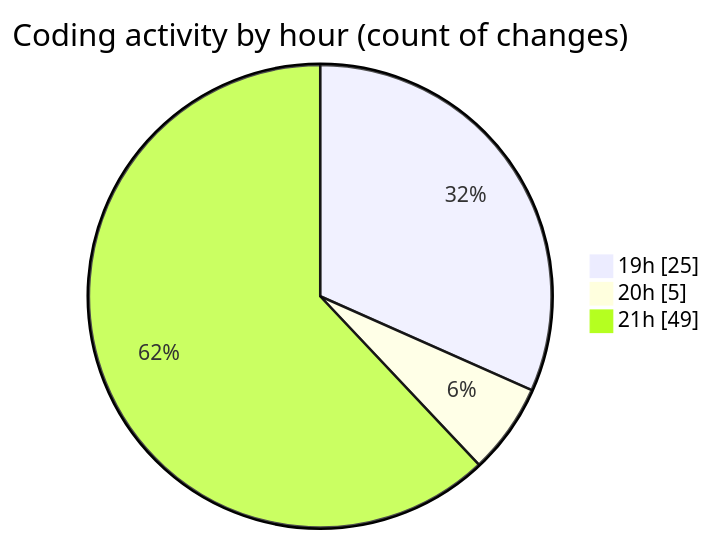
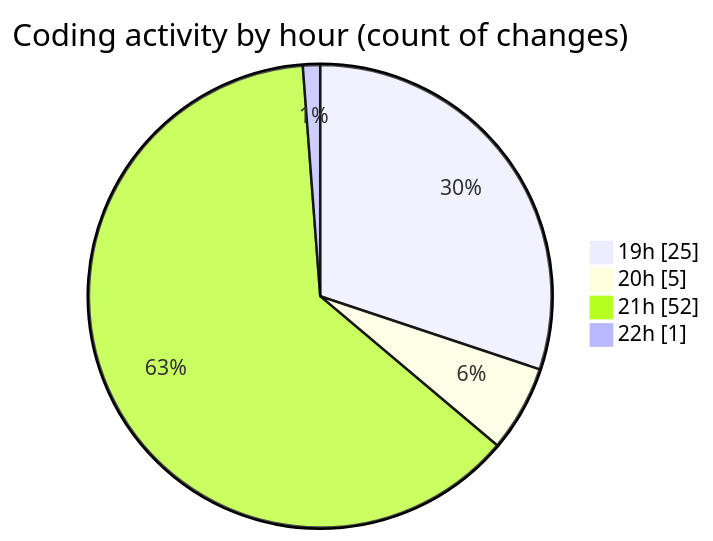
Before and after one commit to momahboobian/code-tracking: the second of 2 diagrams in 2025-02-28/cda/README.md, drawn with Mermaid. The commit also changed other lines of this file and 1 other file, not shown here.

````diff
--- a/2025-02-28/cda/README.md
+++ b/2025-02-28/cda/README.md
@@ -34,7 +34,8 @@
 ```mermaid
 pie showData
 title Coding activity by hour (count of changes)
 "19h" : 25
 "20h" : 5
-"21h" : 49
+"21h" : 52
+"22h" : 1
 ```
````
